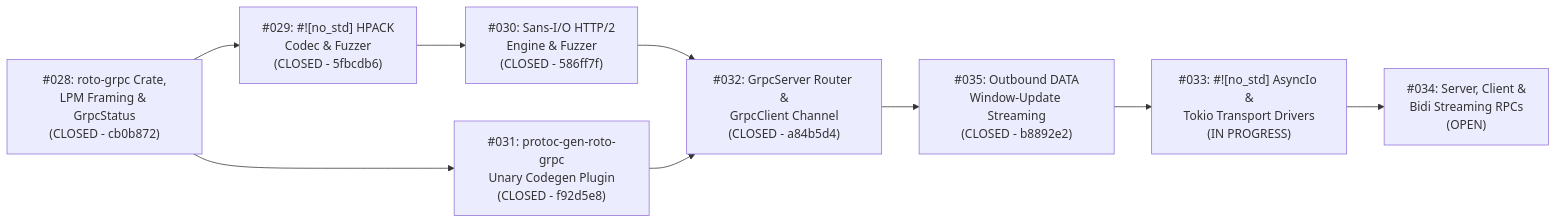
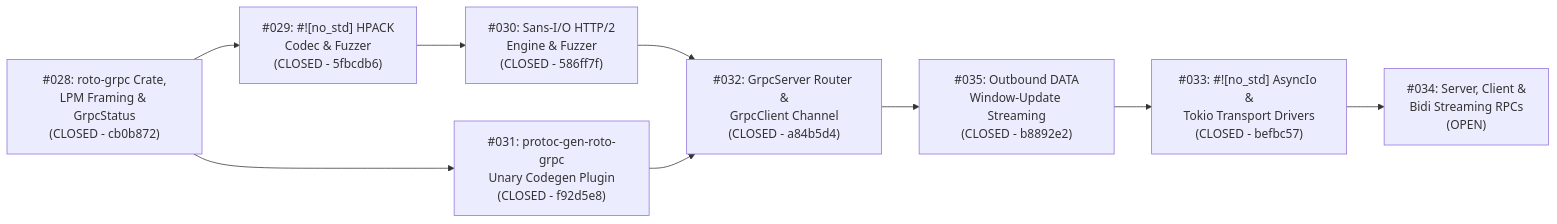
The third of 3 diagrams in docs/grpc.md (chathaway-codes/roto), drawn with Mermaid before and after one commit. The commit also changed other lines of this file, not shown here.

Commit message:
docs(grpc): document async transport drivers and mark Issue #033 closed

````diff
--- a/docs/grpc.md
+++ b/docs/grpc.md
@@ -326,15 +398,15 @@
 ```mermaid
 flowchart LR
     I028["#028: roto-grpc Crate,<br/>LPM Framing &amp; GrpcStatus<br/>(CLOSED - cb0b872)"]
     I029["#029: #![no_std] HPACK<br/>Codec &amp; Fuzzer<br/>(CLOSED - 5fbcdb6)"]
     I030["#030: Sans-I/O HTTP/2<br/>Engine &amp; Fuzzer<br/>(CLOSED - 586ff7f)"]
     I031["#031: protoc-gen-roto-grpc<br/>Unary Codegen Plugin<br/>(CLOSED - f92d5e8)"]
     I032["#032: GrpcServer Router &amp;<br/>GrpcClient Channel<br/>(CLOSED - a84b5d4)"]
     I035["#035: Outbound DATA<br/>Window-Update Streaming<br/>(CLOSED - b8892e2)"]
-    I033["#033: #![no_std] AsyncIo &amp;<br/>Tokio Transport Drivers<br/>(IN PROGRESS)"]
+    I033["#033: #![no_std] AsyncIo &amp;<br/>Tokio Transport Drivers<br/>(CLOSED - befbc57)"]
     I034["#034: Server, Client &amp;<br/>Bidi Streaming RPCs<br/>(OPEN)"]
 
     I028 --> I029 --> I030
     I028 --> I031
     I030 & I031 --> I032 --> I035 --> I033 --> I034
 ```
````
